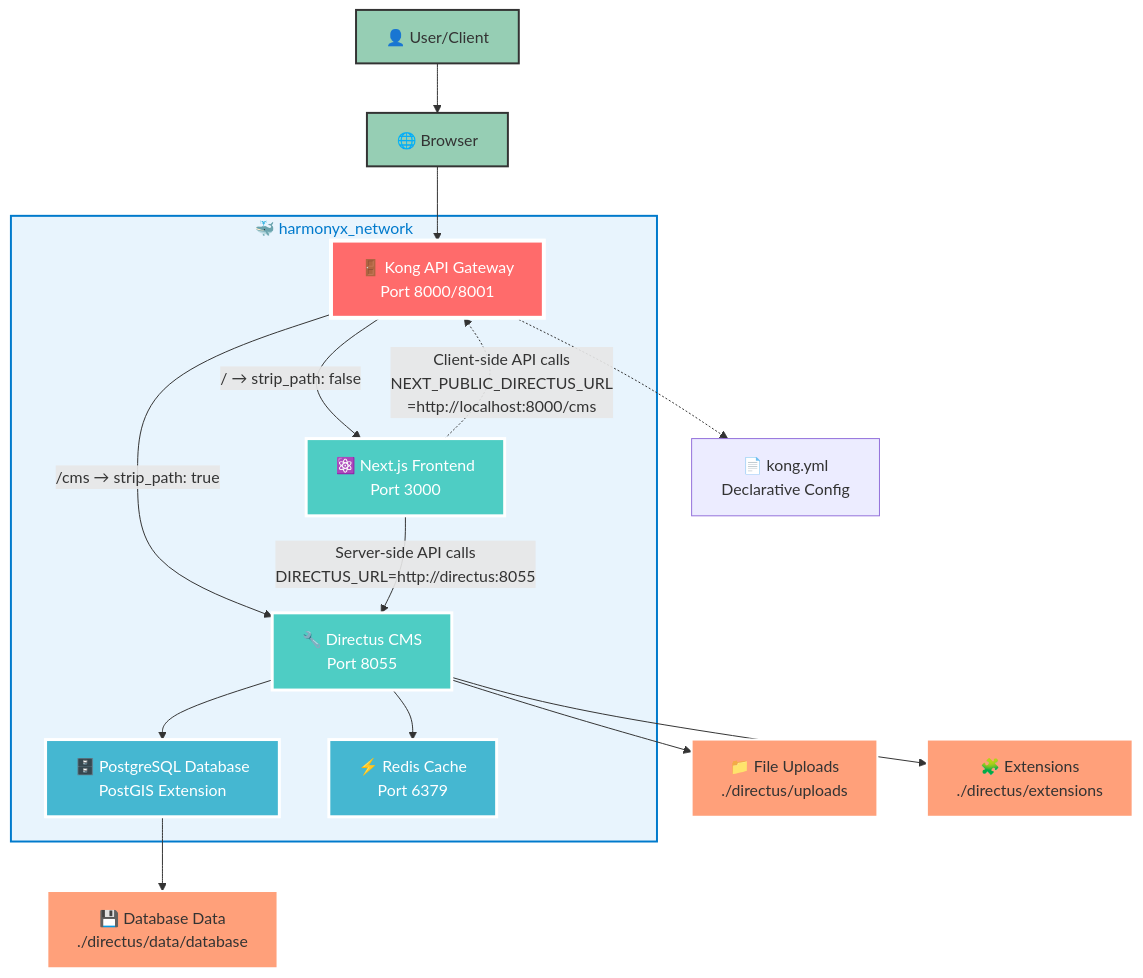
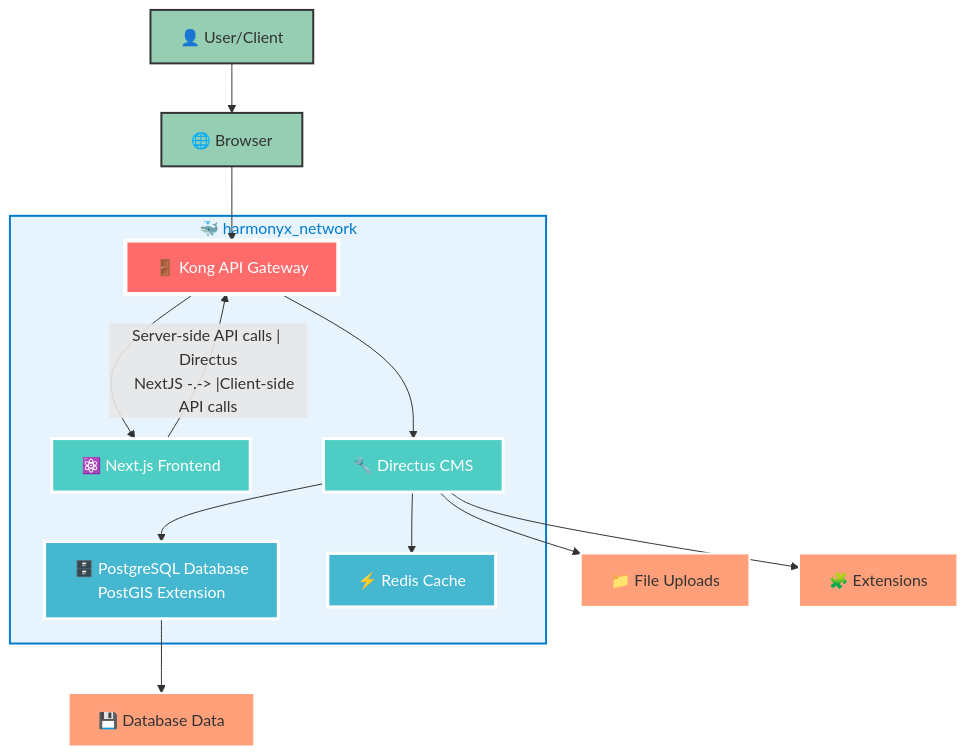
One commit to kanata-b/harmonyx-cms-v6 changed the diagram in README.md. Above: the diagram before and after it, drawn with Mermaid.

Commit message:
fix: simplify mermaid diagram by removing unnecessary line breaks and improving clarity

````diff
--- a/README.md
+++ b/README.md
@@ -7,67 +7,65 @@
 ```mermaid
 graph TB
     %% External Layer
     User[👤 User/Client]
     Browser[🌐 Browser]
     
     %% Kong API Gateway Layer
-    Kong[🚪 Kong API Gateway<br/>Port 8000/8001]
-    KongConfig[📄 kong.yml<br/>Declarative Config]
+    Kong[🚪 Kong API Gateway]
     
     %% Application Layer  
-    NextJS[⚛️ Next.js Frontend<br/>Port 3000]
-    Directus[🔧 Directus CMS<br/>Port 8055]
+    NextJS[⚛️ Next.js Frontend]
+    Directus[🔧 Directus CMS]
     
     %% Data Layer
     PostgreSQL[🗄️ PostgreSQL Database<br/>PostGIS Extension]
-    Redis[⚡ Redis Cache<br/>Port 6379]
+    Redis[⚡ Redis Cache]
     
     %% Storage
-    Uploads[📁 File Uploads<br/>./directus/uploads]
-    Extensions[🧩 Extensions<br/>./directus/extensions]
-    DBData[💾 Database Data<br/>./directus/data/database]
+    Uploads[📁 File Uploads]
+    Extensions[🧩 Extensions]
+    DBData[💾 Database Data]
     
     %% Docker Network
     subgraph DockerNetwork[🐳 harmonyx_network]
         Kong
         NextJS
         Directus
         PostgreSQL
         Redis
     end
     
     %% External connections
     User --> Browser
     Browser --> Kong
     
     %% Kong routing
-    Kong --> |"/ → strip_path: false"| NextJS
-    Kong --> |"/cms → strip_path: true"| Directus
-    Kong -.-> KongConfig
+    Kong -->  NextJS
+    Kong -->  Directus
     
     %% Internal service communication
-    NextJS --> |"Server-side API calls<br/>DIRECTUS_URL=http://directus:8055"| Directus
-    NextJS -.-> |"Client-side API calls<br/>NEXT_PUBLIC_DIRECTUS_URL<br/>=http://localhost:8000/cms"| Kong
+    NextJS --> |"Server-side API calls | Directus
+    NextJS -.-> |"Client-side API calls | Kong
     
     %% Data persistence
     Directus --> PostgreSQL
     Directus --> Redis
     Directus --> Uploads
     Directus --> Extensions
     PostgreSQL --> DBData
     
     %% Styling
     classDef gateway fill:#FF6B6B,stroke:#fff,stroke-width:4px,color:#fff
     classDef app fill:#4ECDC4,stroke:#fff,stroke-width:3px,color:#fff
     classDef data fill:#45B7D1,stroke:#fff,stroke-width:3px,color:#fff
     classDef storage fill:#FFA07A,stroke:#fff,stroke-width:2px,color:#333
     classDef external fill:#96CEB4,stroke:#333,stroke-width:2px,color:#333
     classDef network fill:#E8F4FD,stroke:#007ACC,stroke-width:2px,color:#007ACC
     
     class Kong gateway
     class NextJS,Directus app
     class PostgreSQL,Redis data
     class Uploads,Extensions,DBData storage
     class User,Browser external
     class DockerNetwork network
 ```
````
